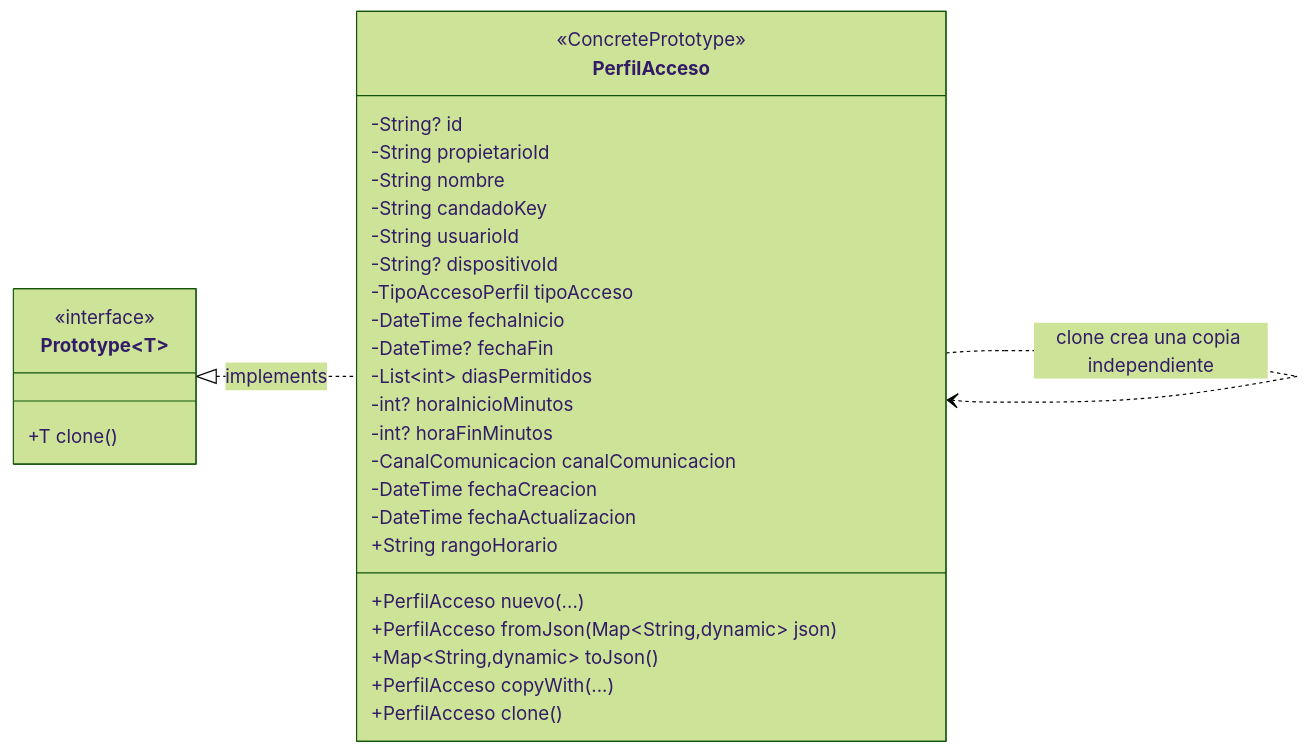
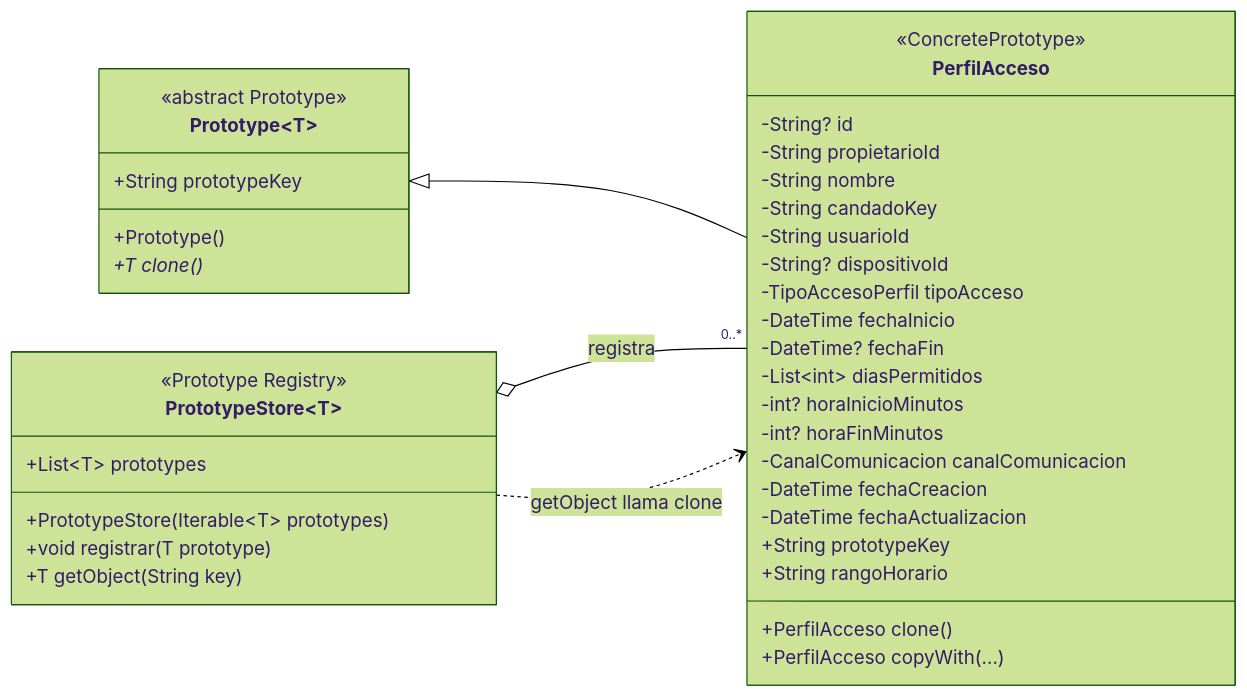
Before and after one commit to ktncharris018/ekeyless-supabase: the diagram in diagramas patrones creacionales/01-prototype.md, drawn with Mermaid (forest theme). The commit also changed other lines of this file and 3 other files, not shown here.

Commit message:
docs: actualizar diagramas de patrones creacionales

````diff
--- a/diagramas patrones creacionales/01-prototype.md
+++ b/diagramas patrones creacionales/01-prototype.md
@@ -7,37 +7,46 @@
 ```mermaid
 classDiagram
     direction LR
 
     class Prototype~T~ {
-        <<interface>>
-        +T clone()
+        <<abstract Prototype>>
+        +Prototype()
+        +String prototypeKey
+        +T clone()*
+    }
+
+    class PrototypeStore~T~ {
+        <<Prototype Registry>>
+        +List~T~ prototypes
+        +PrototypeStore(Iterable~T~ prototypes)
+        +void registrar(T prototype)
+        +T getObject(String key)
     }
 
     class PerfilAcceso {
         <<ConcretePrototype>>
         -String? id
         -String propietarioId
         -String nombre
         -String candadoKey
         -String usuarioId
         -String? dispositivoId
         -TipoAccesoPerfil tipoAcceso
         -DateTime fechaInicio
         -DateTime? fechaFin
         -List~int~ diasPermitidos
         -int? horaInicioMinutos
         -int? horaFinMinutos
         -CanalComunicacion canalComunicacion
         -DateTime fechaCreacion
         -DateTime fechaActualizacion
-        +PerfilAcceso nuevo(...)
-        +PerfilAcceso fromJson(Map~String,dynamic~ json)
-        +Map~String,dynamic~ toJson()
+        +String prototypeKey
+        +PerfilAcceso clone()
         +PerfilAcceso copyWith(...)
-        +PerfilAcceso clone()
         +String rangoHorario
     }
 
-    Prototype~PerfilAcceso~ <|.. PerfilAcceso : implements
-    PerfilAcceso ..> PerfilAcceso : clone crea una copia independiente
+    Prototype~PerfilAcceso~ <|-- PerfilAcceso
+    PrototypeStore~PerfilAcceso~ o-- "0..*" PerfilAcceso : registra
+    PrototypeStore~PerfilAcceso~ ..> PerfilAcceso : getObject llama clone
 ```
````
